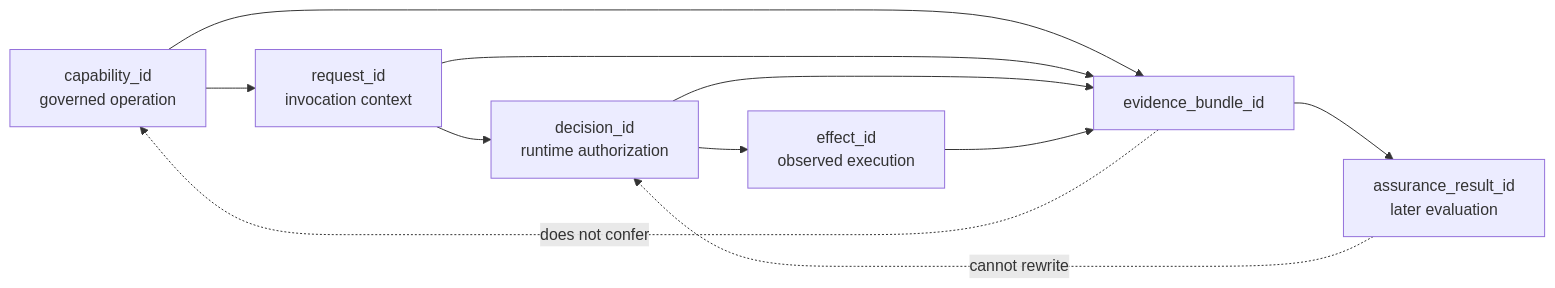
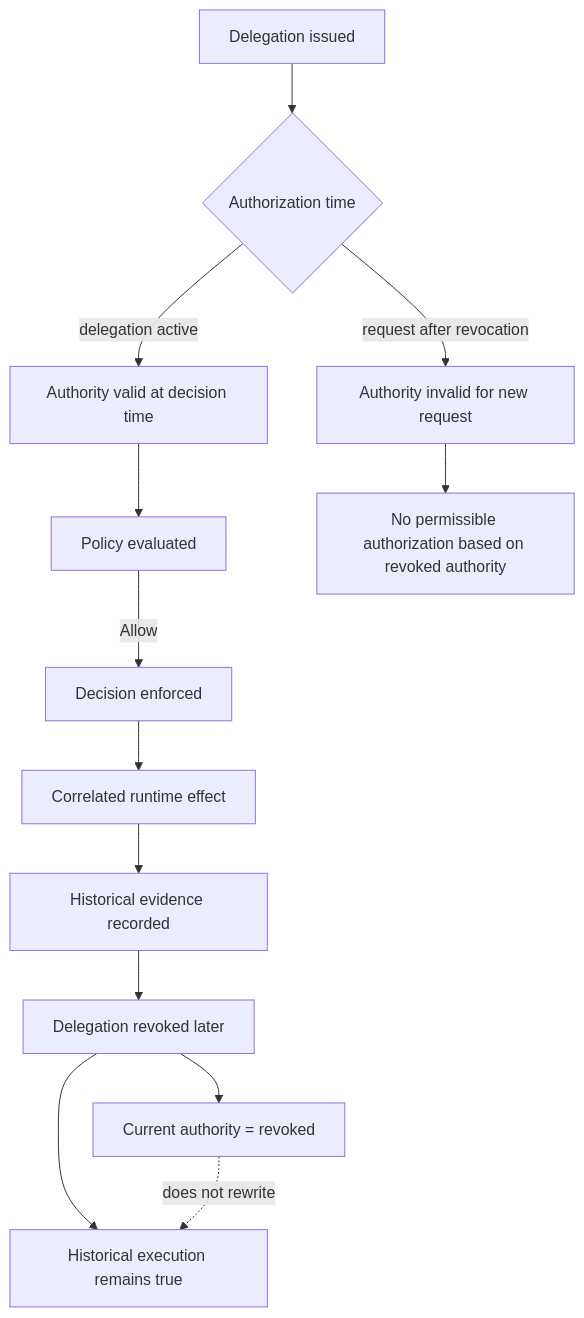
One commit to sankarshanmukhopadhyay/trust-protocol-interop-lab changed the fourth of 4 diagrams in cases/govops-executable-trust/README.md. Above: the diagram before and after it, drawn with Mermaid. The commit also changed other lines of this file and 7 other files, not shown here.

````diff
--- a/cases/govops-executable-trust/README.md
+++ b/cases/govops-executable-trust/README.md
@@ -346,14 +261,18 @@
 ```mermaid
-flowchart LR
-    C[capability_id<br/>governed operation] --> R[request_id<br/>invocation context]
-    R --> D[decision_id<br/>runtime authorization]
-    D --> E[effect_id<br/>observed execution]
-    C --> B[evidence_bundle_id]
-    R --> B
-    D --> B
-    E --> B
-    B --> A[assurance_result_id<br/>later evaluation]
+flowchart TD
+    D[Delegation issued] --> T1{Authorization time}
+    T1 -->|delegation active| V[Authority valid at decision time]
+    V --> P[Policy evaluated]
+    P -->|Allow| F[Decision enforced]
+    F --> E[Correlated runtime effect]
+    E --> H[Historical evidence recorded]
 
-    A -. cannot rewrite .-> D
-    B -. does not confer .-> C
+    H --> R[Delegation revoked later]
+    R --> C[Current authority = revoked]
+    R --> HT[Historical execution remains true]
+
+    T1 -->|request after revocation| X[Authority invalid for new request]
+    X --> N[No permissible authorization based on revoked authority]
+
+    C -. does not rewrite .-> HT
 ```
````
